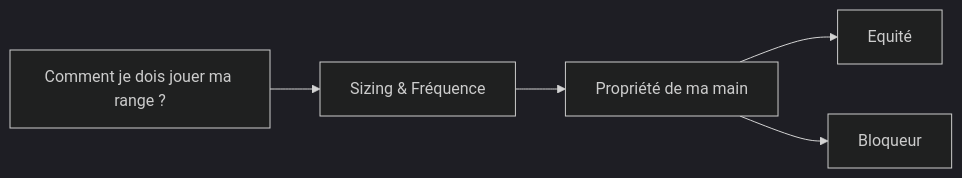
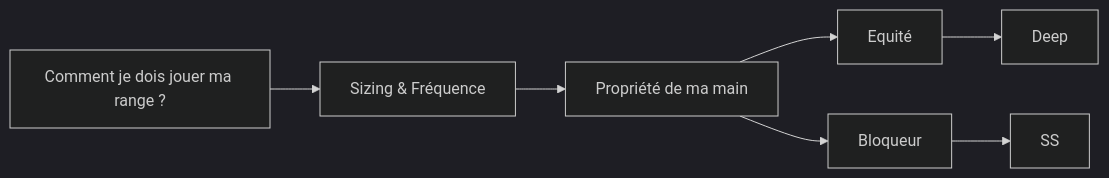
One commit to greglejeune/blog changed the second of 2 diagrams in _posts/2020-01-01-test.md. Above: the diagram before and after it, drawn with Mermaid (dark theme). The commit also changed other lines of this file, not shown here.

```diff
--- a/_posts/2020-01-01-test.md
+++ b/_posts/2020-01-01-test.md
@@ -29,7 +29,9 @@
     <div class="mermaid">
         graph LR
             Defense[Comment je dois jouer ma range ?] --> Strategie[Sizing & Fréquence]
             Strategie[Sizing & Fréquence] --> Propriété[Propriété de ma main]
             Propriété[Propriété de ma main] --> Equité
-            Propriété[Propriété de ma main] --> Bloqueur;
+            Propriété[Propriété de ma main] --> Bloqueur
+            Equité --> Deep
+            Bloqueur --> SS;
     </div>
```
